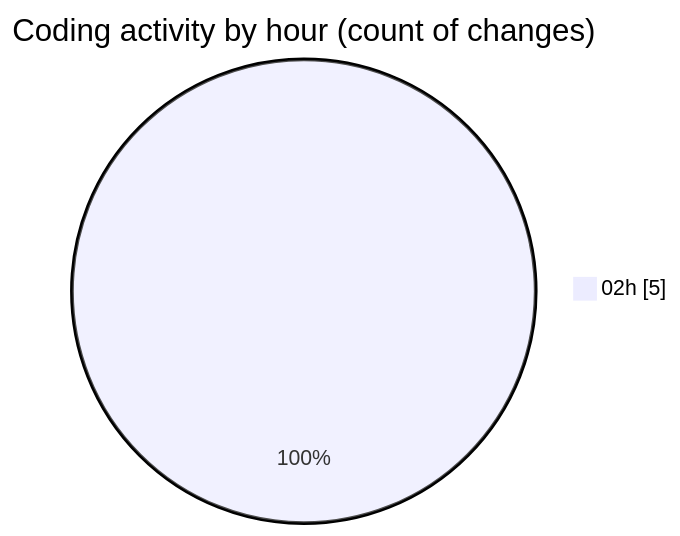
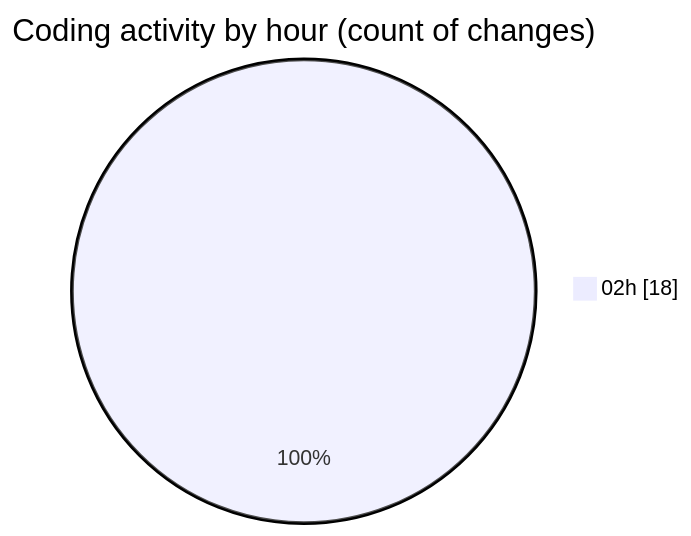
The second of 2 diagrams in 2026-07-08/twenty_versions_aminor/README.md (shibass792/code-tracking), drawn with Mermaid before and after one commit. The commit also changed other lines of this file and 1 other file, not shown here.

````diff
--- a/2026-07-08/twenty_versions_aminor/README.md
+++ b/2026-07-08/twenty_versions_aminor/README.md
@@ -28,5 +28,5 @@
 ```mermaid
 pie showData
 title Coding activity by hour (count of changes)
-"02h" : 5
+"02h" : 18
 ```
````
